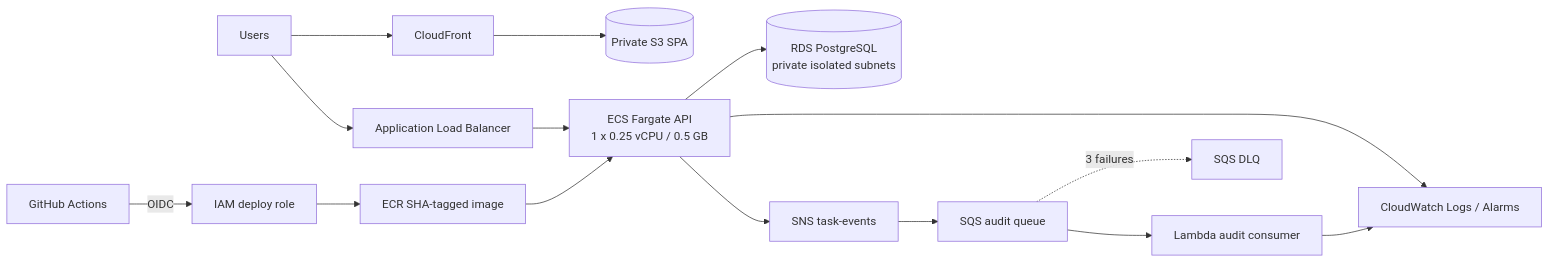
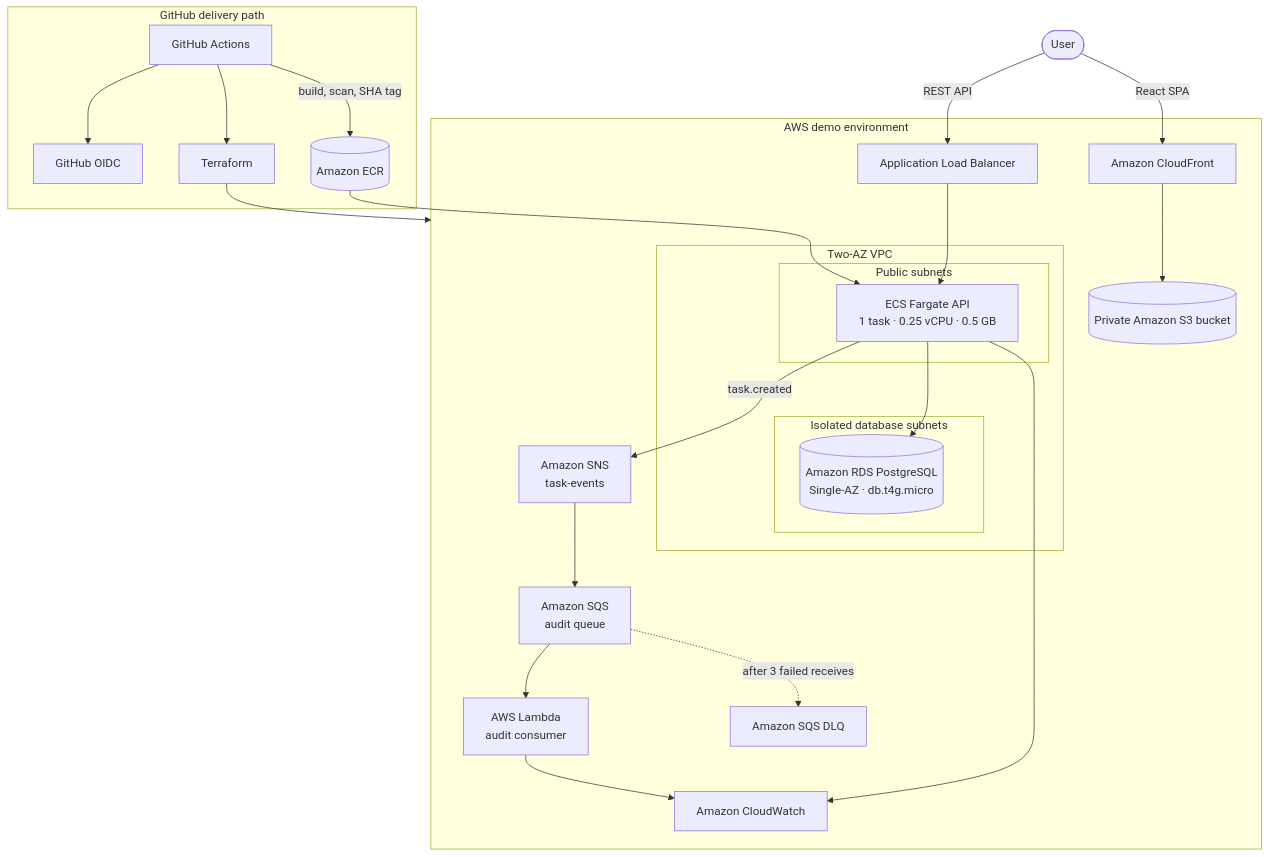
One commit to dev-kithsara/cloudtask-aws-devops-platform changed the diagram in README.md. Above: the diagram before and after it, drawn with Mermaid. The commit also changed other lines of this file, not shown here.

````diff
--- a/README.md
+++ b/README.md
@@ -22,17 +31,50 @@
 ```mermaid
-flowchart LR
-  U[Users] --> CF[CloudFront]
-  CF --> S3[(Private S3 SPA)]
-  U --> ALB[Application Load Balancer]
-  ALB --> ECS[ECS Fargate API\n1 x 0.25 vCPU / 0.5 GB]
-  ECS --> RDS[(RDS PostgreSQL\nprivate isolated subnets)]
-  ECS --> SNS[SNS task-events]
-  SNS --> SQS[SQS audit queue]
-  SQS --> L[Lambda audit consumer]
-  SQS -. 3 failures .-> DLQ[SQS DLQ]
-  ECS --> CW[CloudWatch Logs / Alarms]
-  L --> CW
-  GH[GitHub Actions] -->|OIDC| IAM[IAM deploy role]
-  IAM --> ECR[ECR SHA-tagged image]
+flowchart TB
+  User([User])
+
+  subgraph Delivery[GitHub delivery path]
+    GHA[GitHub Actions]
+    OIDC[GitHub OIDC]
+    ECR[(Amazon ECR)]
+    TF[Terraform]
+    GHA --> OIDC
+    GHA -->|build, scan, SHA tag| ECR
+    GHA --> TF
+  end
+
+  subgraph AWS[AWS demo environment]
+    CF[Amazon CloudFront]
+    S3[(Private Amazon S3 bucket)]
+    ALB[Application Load Balancer]
+
+    subgraph VPC[Two-AZ VPC]
+      subgraph Public[Public subnets]
+        ECS[ECS Fargate API\n1 task · 0.25 vCPU · 0.5 GB]
+      end
+      subgraph Isolated[Isolated database subnets]
+        RDS[(Amazon RDS PostgreSQL\nSingle-AZ · db.t4g.micro)]
+      end
+    end
+
+    SNS[Amazon SNS\ntask-events]
+    SQS[Amazon SQS\naudit queue]
+    Lambda[AWS Lambda\naudit consumer]
+    DLQ[Amazon SQS DLQ]
+    CW[Amazon CloudWatch]
+
+    CF --> S3
+    ALB --> ECS
+    ECS --> RDS
+    ECS -->|task.created| SNS
+    SNS --> SQS
+    SQS --> Lambda
+    SQS -. after 3 failed receives .-> DLQ
+    ECS --> CW
+    Lambda --> CW
+  end
+
+  User -->|React SPA| CF
+  User -->|REST API| ALB
   ECR --> ECS
+  TF --> AWS
 ```
````
